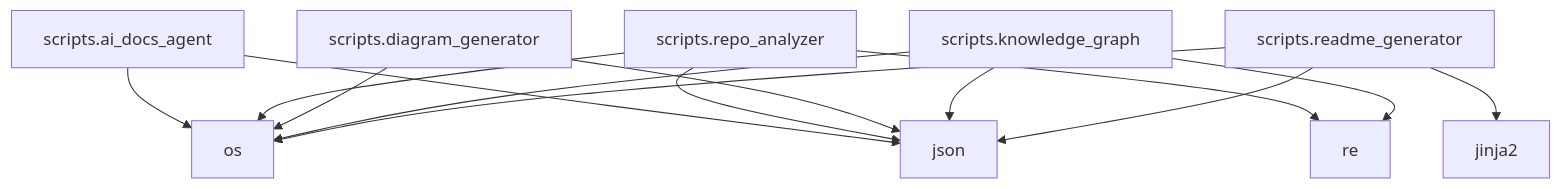
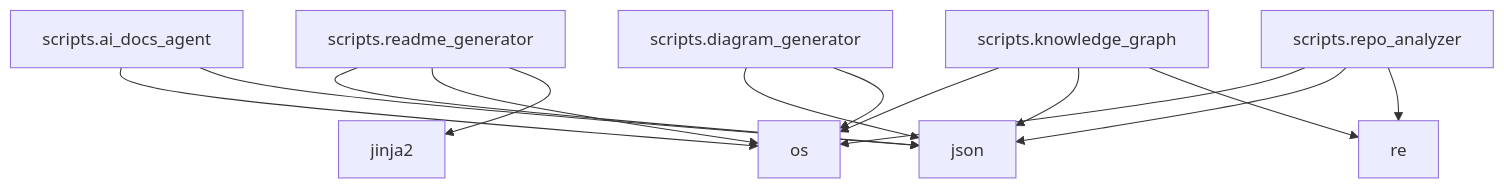
Before and after one commit to NITISH-R-G/FACE-EMOTION-DETECTION: the diagram in README.md, drawn with Mermaid. The commit also changed other lines of this file and 3 other files, not shown here.

Commit message:
docs: auto-update repository documentation and diagrams [skip ci]

````diff
--- a/README.md
+++ b/README.md
@@ -45,30 +45,30 @@
 ```mermaid
 graph TD;
     scripts_ai_docs_agent["scripts.ai_docs_agent"];
     click scripts_ai_docs_agent "scripts/ai_docs_agent.py" "View source";
     os["os"];
     json["json"];
-    scripts_repo_analyzer["scripts.repo_analyzer"];
-    click scripts_repo_analyzer "scripts/repo_analyzer.py" "View source";
-    re["re"];
-    scripts_diagram_generator["scripts.diagram_generator"];
-    click scripts_diagram_generator "scripts/diagram_generator.py" "View source";
-    scripts_knowledge_graph["scripts.knowledge_graph"];
-    click scripts_knowledge_graph "scripts/knowledge_graph.py" "View source";
     scripts_readme_generator["scripts.readme_generator"];
     click scripts_readme_generator "scripts/readme_generator.py" "View source";
     jinja2["jinja2"];
+    scripts_knowledge_graph["scripts.knowledge_graph"];
+    click scripts_knowledge_graph "scripts/knowledge_graph.py" "View source";
+    re["re"];
+    scripts_repo_analyzer["scripts.repo_analyzer"];
+    click scripts_repo_analyzer "scripts/repo_analyzer.py" "View source";
+    scripts_diagram_generator["scripts.diagram_generator"];
+    click scripts_diagram_generator "scripts/diagram_generator.py" "View source";
     scripts_ai_docs_agent --> os;
     scripts_ai_docs_agent --> json;
+    scripts_readme_generator --> json;
+    scripts_readme_generator --> os;
+    scripts_readme_generator --> jinja2;
+    scripts_knowledge_graph --> os;
+    scripts_knowledge_graph --> json;
+    scripts_knowledge_graph --> re;
     scripts_repo_analyzer --> os;
     scripts_repo_analyzer --> json;
     scripts_repo_analyzer --> re;
     scripts_diagram_generator --> json;
     scripts_diagram_generator --> os;
-    scripts_knowledge_graph --> os;
-    scripts_knowledge_graph --> json;
-    scripts_knowledge_graph --> re;
-    scripts_readme_generator --> json;
-    scripts_readme_generator --> os;
-    scripts_readme_generator --> jinja2;
 ```
````
